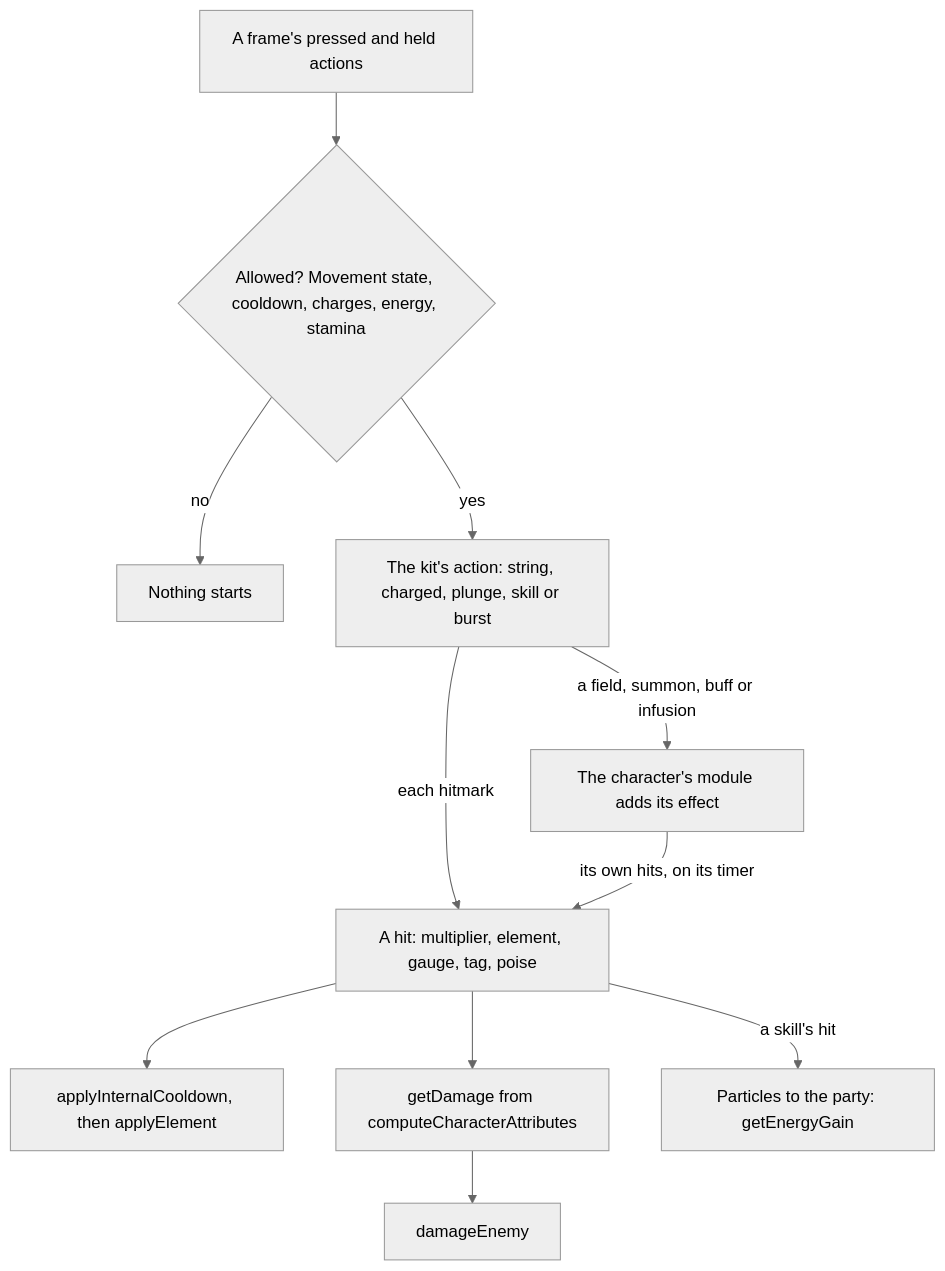
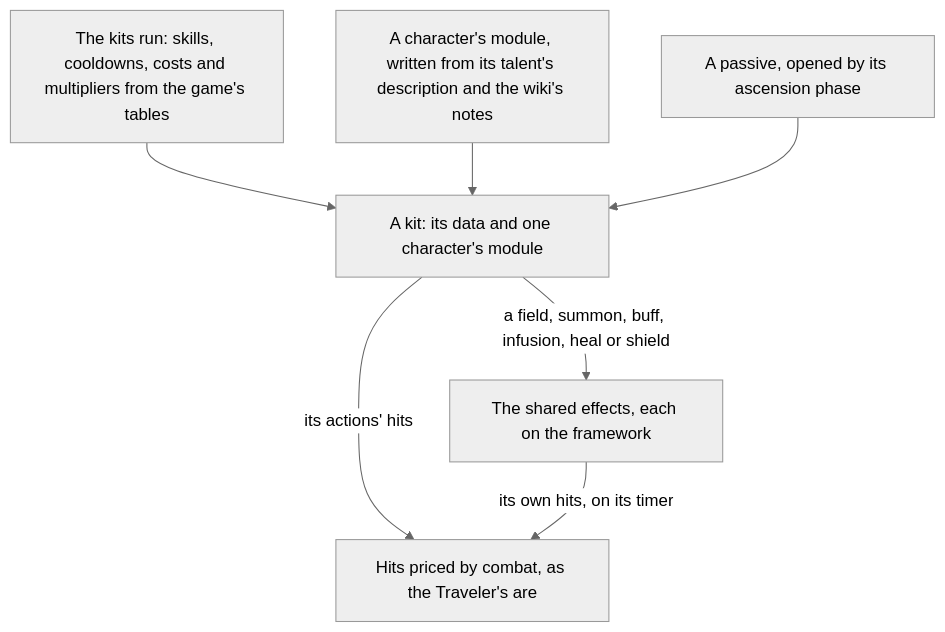
The diagram in apps/web/content/docs/proposals/genshin/character-kits.md (Esposter/Esposter), drawn with Mermaid (neutral theme) before and after one commit. The commit also changed other lines of this file and 10 other files, not shown here.

Commit message:
docs(genshin): the fight is as built on combat, enemies, the character controller, party and the HUD, its decisions moved there from the character kits and HUD proposals, which keep only what is unbuilt

````diff
--- a/apps/web/content/docs/proposals/genshin/character-kits.md
+++ b/apps/web/content/docs/proposals/genshin/character-kits.md
@@ -35,13 +23,9 @@
 ```mermaid
 flowchart TD
-  PRESS["A frame's pressed and held actions"] --> GATE{"Allowed? Movement state, cooldown, charges, energy, stamina"}
-  GATE -->|"no"| IDLE["Nothing starts"]
-  GATE -->|"yes"| ACTION["The kit's action: string, charged, plunge, skill or burst"]
-  ACTION -->|"each hitmark"| HIT["A hit: multiplier, element, gauge, tag, poise"]
-  ACTION -->|"a field, summon, buff or infusion"| EFFECT["The character's module adds its effect"]
-  EFFECT -->|"its own hits, on its timer"| HIT
-  HIT --> ICD["applyInternalCooldown, then applyElement"]
-  HIT --> DAMAGE["getDamage from computeCharacterAttributes"]
-  DAMAGE --> ENEMY["damageEnemy"]
-  HIT -->|"a skill's hit"| PARTICLES["Particles to the party: getEnergyGain"]
+  TABLES["The kits run: skills, cooldowns, costs and multipliers from the game's tables"] --> KIT["A kit: its data and one character's module"]
+  MODULE["A character's module, written from its talent's description and the wiki's notes"] --> KIT
+  KIT -->|"its actions' hits"| HITS["Hits priced by combat, as the Traveler's are"]
+  KIT -->|"a field, summon, buff, infusion, heal or shield"| EFFECTS["The shared effects, each on the framework"]
+  EFFECTS -->|"its own hits, on its timer"| HITS
+  PASSIVE["A passive, opened by its ascension phase"] --> KIT
 ```
````
